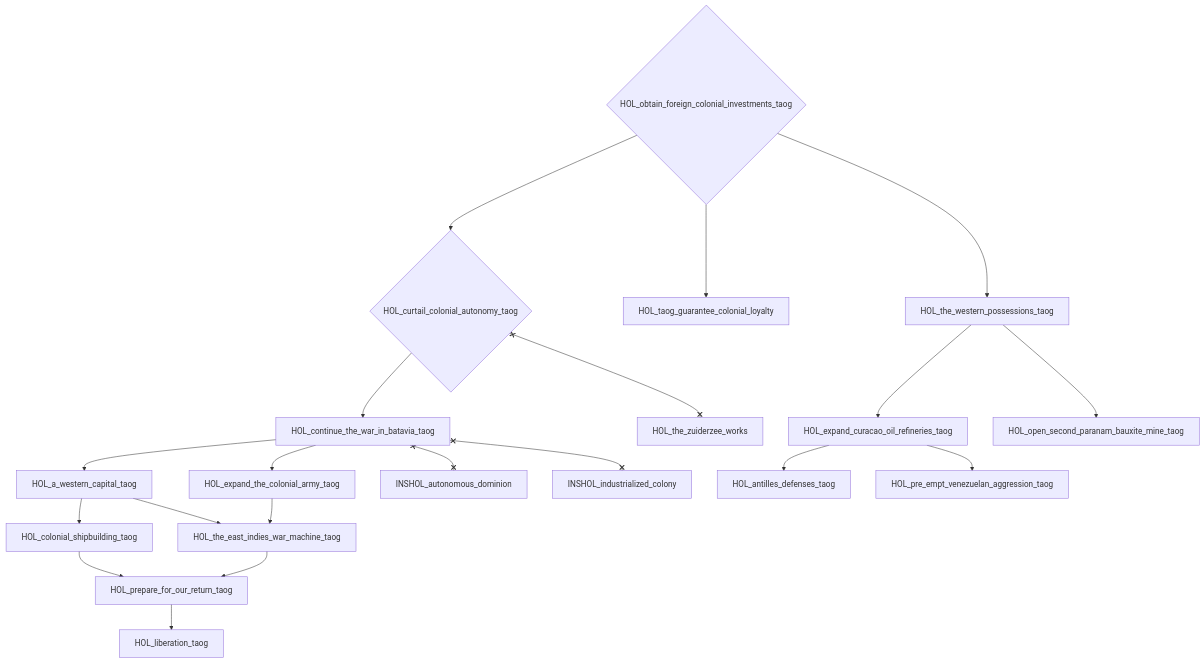
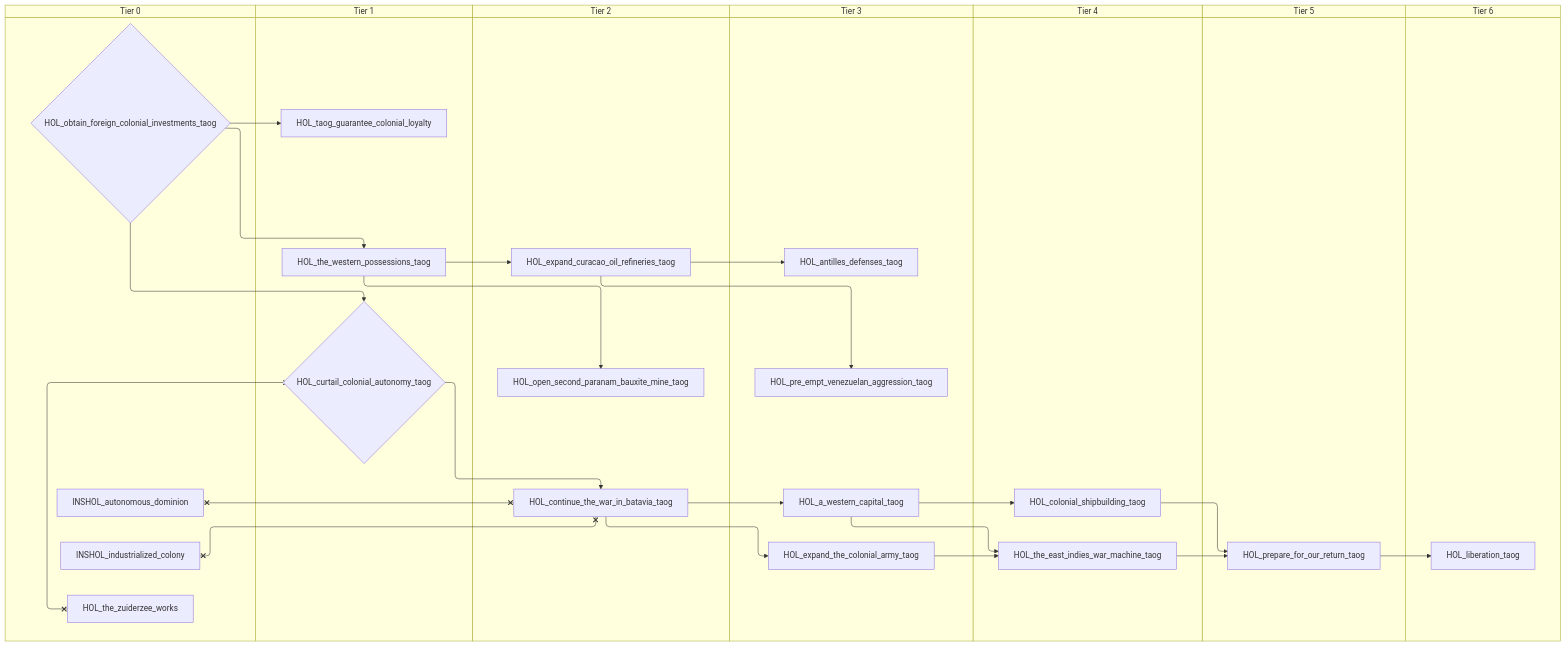
The fourth of 4 diagrams in docs/gdd/National Focuses/r56/netherlands.md (evgeny-sobol/hoi4-sandbox-mode-r56), drawn with Mermaid before and after one commit. The commit also changed other lines of this file and 423 other files, not shown here.

First line of the commit message:
Re-export Rt56 focus trees as swimlane diagrams

````diff
--- a/docs/gdd/National Focuses/r56/netherlands.md
+++ b/docs/gdd/National Focuses/r56/netherlands.md
@@ -440,40 +498,54 @@
 ```mermaid
-flowchart TD
-    n153["HOL_a_western_capital_taog"]
-    n154["HOL_antilles_defenses_taog"]
-    n155["HOL_colonial_shipbuilding_taog"]
-    n156["HOL_continue_the_war_in_batavia_taog"]
-    n13{"HOL_curtail_colonial_autonomy_taog"}
-    n157["HOL_expand_curacao_oil_refineries_taog"]
-    n158["HOL_expand_the_colonial_army_taog"]
-    n159["HOL_liberation_taog"]
-    n160{"HOL_obtain_foreign_colonial_investments_taog"}
-    n161["HOL_open_second_paranam_bauxite_mine_taog"]
-    n162["HOL_pre_empt_venezuelan_aggression_taog"]
-    n163["HOL_prepare_for_our_return_taog"]
-    n164["HOL_taog_guarantee_colonial_loyalty"]
-    n165["HOL_the_east_indies_war_machine_taog"]
-    n166["HOL_the_western_possessions_taog"]
-    n60["HOL_the_zuiderzee_works"]
-    n167["INSHOL_autonomous_dominion"]
-    n168["INSHOL_industrialized_colony"]
-    n156 --> n153
-    n157 --> n154
-    n153 --> n155
-    n13 --> n156
-    n160 --> n13
-    n166 --> n157
-    n156 --> n158
-    n163 --> n159
-    n166 --> n161
-    n157 --> n162
-    n155 --> n163
-    n165 --> n163
-    n160 --> n164
-    n153 --> n165
-    n158 --> n165
-    n160 --> n166
-    n156 x--x n167
-    n156 x--x n168
-    n13 x--x n60
+swimlane-beta TD
+    subgraph tier_0["Tier 0"]
+        n153{"HOL_obtain_foreign_colonial_investments_taog"}
+        n36["HOL_the_zuiderzee_works"]
+        n154["INSHOL_autonomous_dominion"]
+        n155["INSHOL_industrialized_colony"]
+    end
+    subgraph tier_1["Tier 1"]
+        n4{"HOL_curtail_colonial_autonomy_taog"}
+        n156["HOL_taog_guarantee_colonial_loyalty"]
+        n157["HOL_the_western_possessions_taog"]
+    end
+    subgraph tier_2["Tier 2"]
+        n158["HOL_continue_the_war_in_batavia_taog"]
+        n159["HOL_expand_curacao_oil_refineries_taog"]
+        n160["HOL_open_second_paranam_bauxite_mine_taog"]
+    end
+    subgraph tier_3["Tier 3"]
+        n161["HOL_a_western_capital_taog"]
+        n162["HOL_antilles_defenses_taog"]
+        n163["HOL_expand_the_colonial_army_taog"]
+        n164["HOL_pre_empt_venezuelan_aggression_taog"]
+    end
+    subgraph tier_4["Tier 4"]
+        n165["HOL_colonial_shipbuilding_taog"]
+        n166["HOL_the_east_indies_war_machine_taog"]
+    end
+    subgraph tier_5["Tier 5"]
+        n167["HOL_prepare_for_our_return_taog"]
+    end
+    subgraph tier_6["Tier 6"]
+        n168["HOL_liberation_taog"]
+    end
+    n158 --> n161
+    n159 --> n162
+    n161 --> n165
+    n4 --> n158
+    n153 --> n4
+    n157 --> n159
+    n158 --> n163
+    n167 --> n168
+    n157 --> n160
+    n159 --> n164
+    n165 --> n167
+    n166 --> n167
+    n153 --> n156
+    n161 --> n166
+    n163 --> n166
+    n153 --> n157
+    n158 x--x n154
+    n158 x--x n155
+    n4 x--x n36
 ```
````
